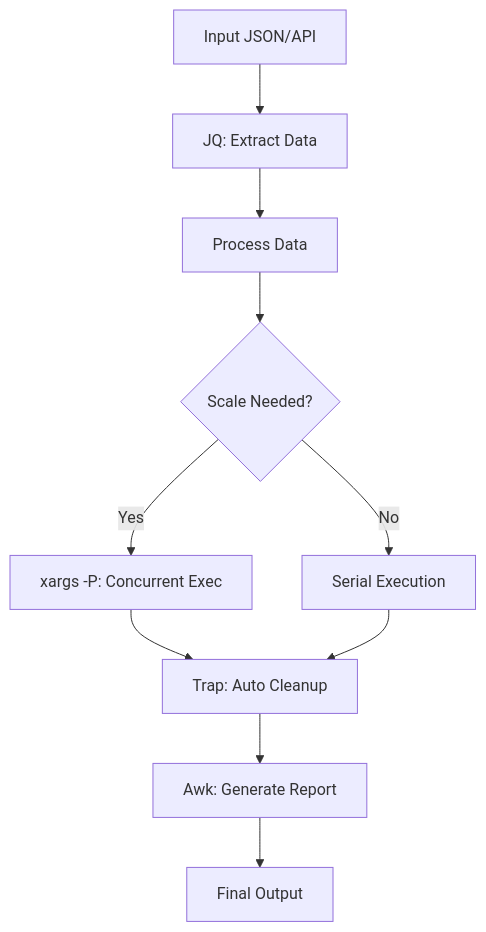
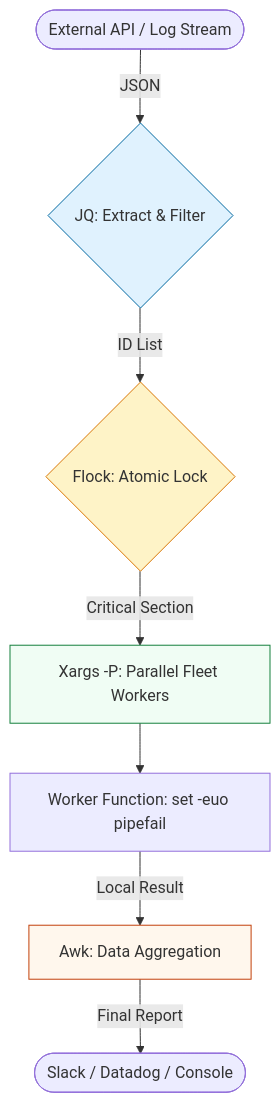
Before and after one commit to Ganil151/Devops: the diagram in 2-Intermediate/02-Phase-2/01-Infrastructure-Automation/01-Scripting-Automation/02-Advanced-Bash-Automation/README.md, drawn with Mermaid. The commit also changed other lines of this file and 281 other files, not shown here.

````diff
--- a/2-Intermediate/02-Phase-2/01-Infrastructure-Automation/01-Scripting-Automation/02-Advanced-Bash-Automation/README.md
+++ b/2-Intermediate/02-Phase-2/01-Infrastructure-Automation/01-Scripting-Automation/02-Advanced-Bash-Automation/README.md
@@ -19,12 +13,14 @@
 ```mermaid
 graph TD
-    Input[Input JSON/API] --> JQ[JQ: Extract Data]
-    JQ --> Loop[Process Data]
-    Loop --> Parallel{Scale Needed?}
-    Parallel -->|Yes| Xargs[xargs -P: Concurrent Exec]
-    Parallel -->|No| Serial[Serial Execution]
-    Xargs --> Cleanup[Trap: Auto Cleanup]
-    Serial --> Cleanup
-    Cleanup --> Report[Awk: Generate Report]
-    Report --> End[Final Output]
+    Input([External API / Log Stream]) -- JSON --> JQ{JQ: Extract & Filter}
+    JQ -- ID List --> Lock{Flock: Atomic Lock}
+    Lock -- Critical Section --> Xargs[Xargs -P: Parallel Fleet Workers]
+    Xargs --> Worker[Worker Function: set -euo pipefail]
+    Worker -- Local Result --> Awk[Awk: Data Aggregation]
+    Awk -- Final Report --> Output([Slack / Datadog / Console])
+    
+    style JQ fill:#e0f2fe,stroke:#0369a1
+    style Lock fill:#fef3c7,stroke:#d97706
+    style Xargs fill:#f0fdf4,stroke:#15803d
+    style Awk fill:#fff7ed,stroke:#c2410c
 ```
````
